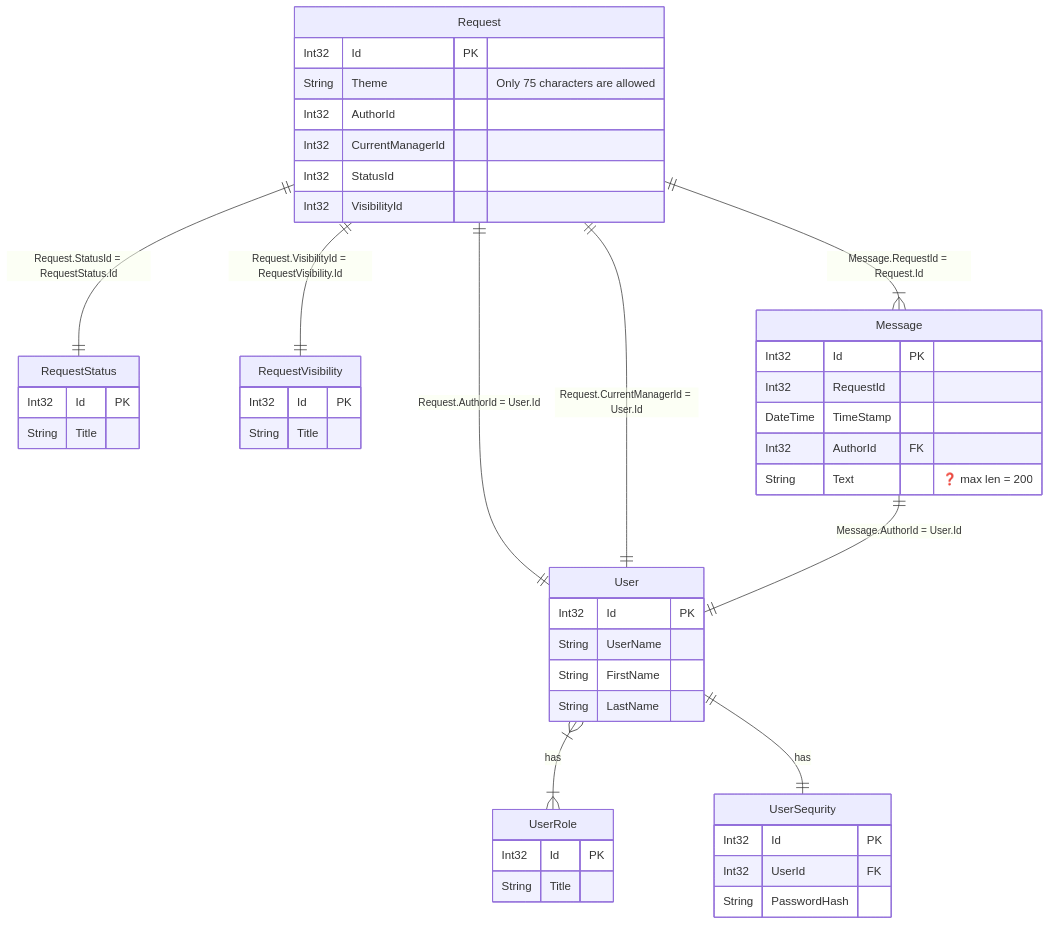
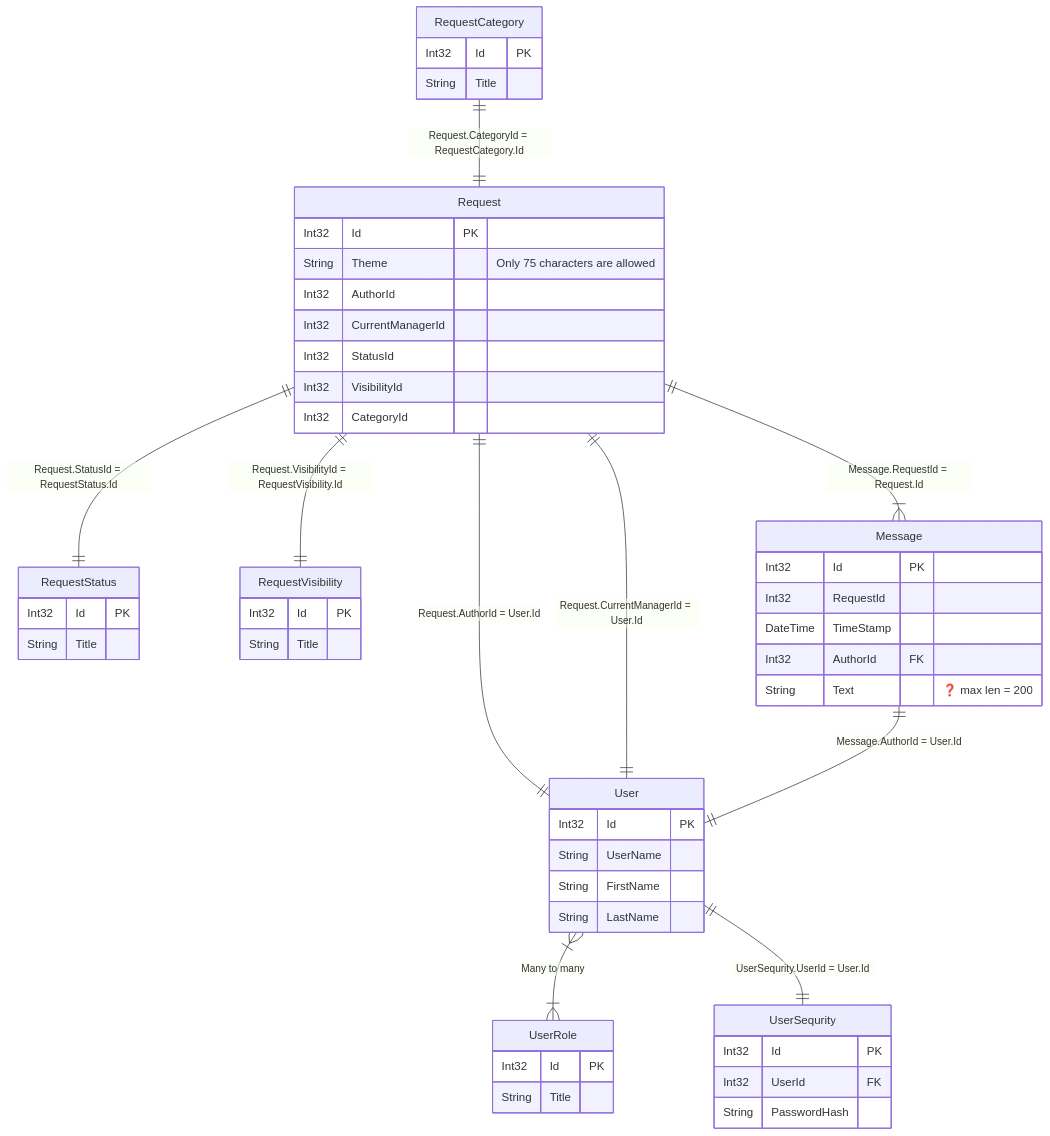
The first of 2 diagrams in Hillel_PythonPro/13/homework13.md (Zorin-Mykhailo/Hillel_PythonPro), drawn with Mermaid before and after one commit. The commit also changed other lines of this file, not shown here.

Commit message:
Homework 13 finished

````diff
--- a/Hillel_PythonPro/13/homework13.md
+++ b/Hillel_PythonPro/13/homework13.md
@@ -3,58 +3,66 @@
 ```mermaid
 erDiagram
 
   UserRole {
     Int32 Id PK
     String Title
   }
   
   UserSequrity{
     Int32 Id PK
     Int32 UserId FK
     String PasswordHash
   }
   
   User {
     Int32 Id PK
     String UserName    
     String FirstName
     String LastName
   }
   
   RequestStatus {
     Int32 Id PK
     String Title
   }
   
   RequestVisibility {
     Int32 Id PK
     String Title
   }
   
   Request {
     Int32 Id PK
     String Theme "Only 75 characters are allowed"
     Int32 AuthorId
     Int32 CurrentManagerId
     Int32 StatusId
     Int32 VisibilityId
+    Int32 CategoryId
+  }
+  
+  RequestCategory {
+    Int32 Id PK
+    String Title
   }
   
   Message {
     Int32 Id PK
     Int32 RequestId
     DateTime TimeStamp
     Int32 AuthorId FK
     String Text "❓ max len = 200"
   }
   
-  Request ||--|{ Message : "Message.RequestId = Request.Id"
+  RequestCategory ||--|| Request : "Request.CategoryId = RequestCategory.Id"
   Request ||--|| RequestStatus : "Request.StatusId = RequestStatus.Id"
   Request ||--|| RequestVisibility : "Request.VisibilityId = RequestVisibility.Id"
+  Request ||--|{ Message : "Message.RequestId = Request.Id"
   Request ||--|| User : "Request.AuthorId = User.Id"
   Request ||--|| User : "Request.CurrentManagerId = User.Id"
+  
   Message ||--|| User : "Message.AuthorId = User.Id"
-  User }|--|{ UserRole : has
-  User ||--|| UserSequrity : has  
+  User }|--|{ UserRole : "Many to many"
+  User ||--|| UserSequrity : "UserSequrity.UserId = User.Id"  
   
 ```
````
